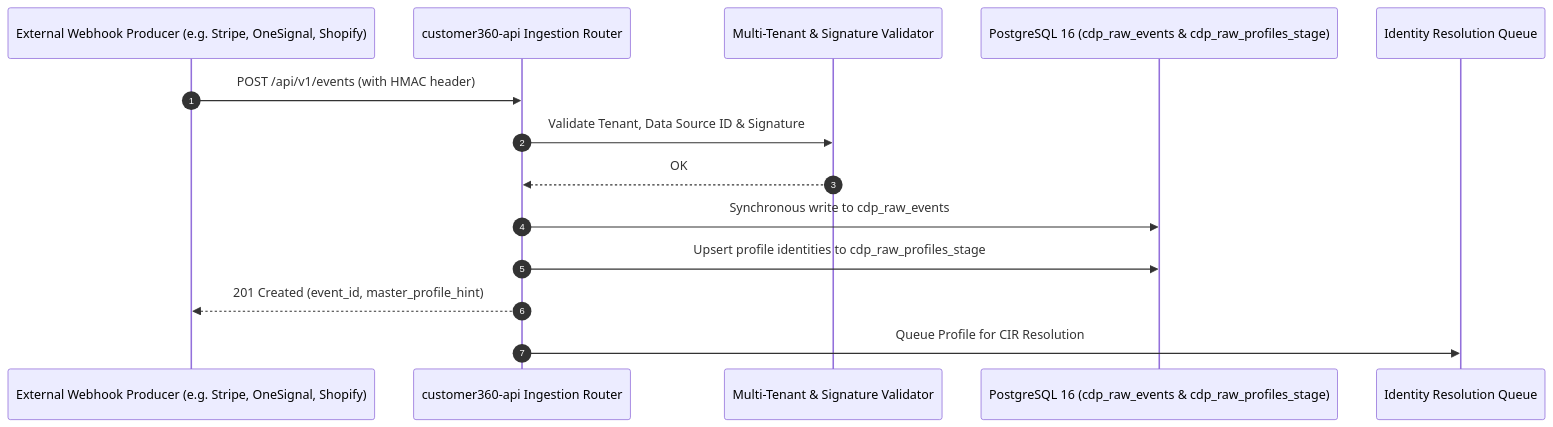
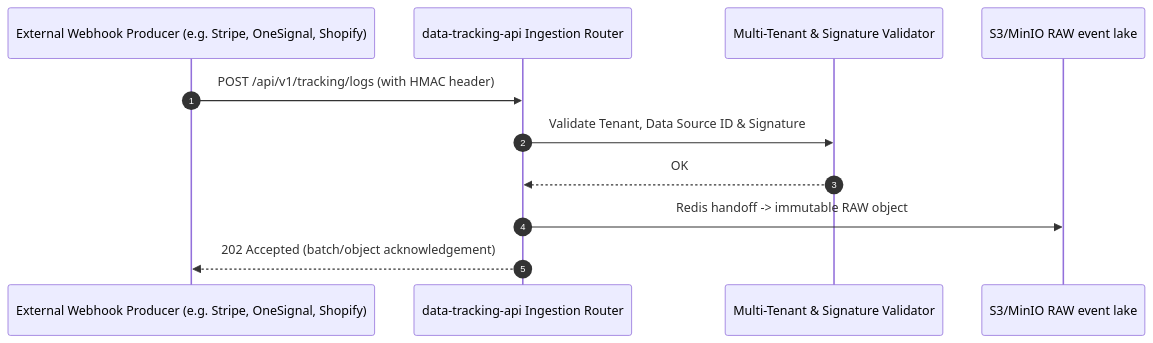
Before and after one commit to LEO-CDP/leo-customer360: the diagram in docs/data-sources/3-web-hook-api.md, drawn with Mermaid. The commit also changed other lines of this file and 25 other files, not shown here.

````diff
--- a/docs/data-sources/3-web-hook-api.md
+++ b/docs/data-sources/3-web-hook-api.md
@@ -7,17 +7,14 @@
 ```mermaid
 sequenceDiagram
     autonumber
     participant Source as External Webhook Producer (e.g. Stripe, OneSignal, Shopify)
-    participant Gateway as customer360-api Ingestion Router
+    participant Gateway as data-tracking-api Ingestion Router
     participant Auth as Multi-Tenant & Signature Validator
-    participant DB as PostgreSQL 16 (cdp_raw_events & cdp_raw_profiles_stage)
-    participant CIR as Identity Resolution Queue
+    participant Lake as S3/MinIO RAW event lake
 
-    Source->>Gateway: POST /api/v1/events (with HMAC header)
+    Source->>Gateway: POST /api/v1/tracking/logs (with HMAC header)
     Gateway->>Auth: Validate Tenant, Data Source ID & Signature
     Auth-->>Gateway: OK
-    Gateway->>DB: Synchronous write to cdp_raw_events
-    Gateway->>DB: Upsert profile identities to cdp_raw_profiles_stage
-    Gateway-->>Source: 201 Created (event_id, master_profile_hint)
-    Gateway->>CIR: Queue Profile for CIR Resolution
+    Gateway->>Lake: Redis handoff -> immutable RAW object
+    Gateway-->>Source: 202 Accepted (batch/object acknowledgement)
 ```
````
